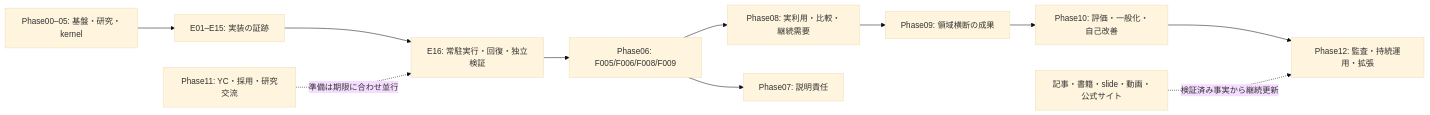
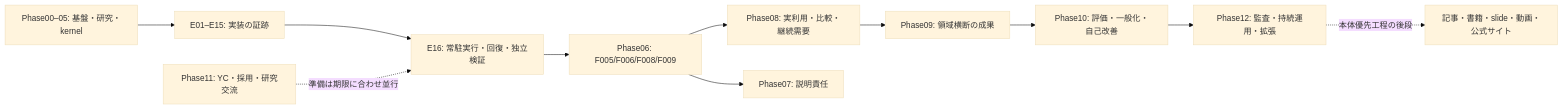
One commit to Daisuke134/life-manager changed the diagram in products/manager/docs/roadmap/START_TO_END_20261022.md. Above: the diagram before and after it, drawn with Mermaid (base theme). The commit also changed other lines of this file and 7 other files, not shown here.

Commit message:
docs(manager): prioritize agent completion and clarify transparent entity roadmap

````diff
--- a/products/manager/docs/roadmap/START_TO_END_20261022.md
+++ b/products/manager/docs/roadmap/START_TO_END_20261022.md
@@ -9,13 +11,13 @@
 ```mermaid
 flowchart LR
     A[Phase00–05: 基盤・研究・kernel] --> E[E01–E15: 実装の証跡]
     E --> X[E16: 常駐実行・回復・独立検証]
     X --> F[Phase06: F005/F006/F008/F009]
     F --> U[Phase08: 実利用・比較・継続需要]
     U --> D[Phase09: 領域横断の成果]
     D --> V[Phase10: 評価・一般化・自己改善]
     V --> G[Phase12: 監査・持続運用・拡張]
     F --> C[Phase07: 説明責任]
     Y[Phase11: YC・採用・研究交流] -. 準備は期限に合わせ並行 .-> X
-    P[記事・書籍・slide・動画・公式サイト] -. 検証済み事実から継続更新 .-> G
+    G -. 本体優先工程の後段 .-> P[記事・書籍・slide・動画・公式サイト]
 ```
````
